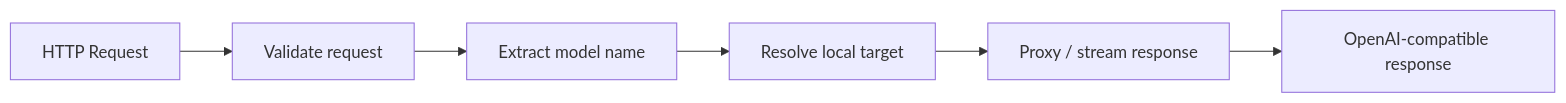
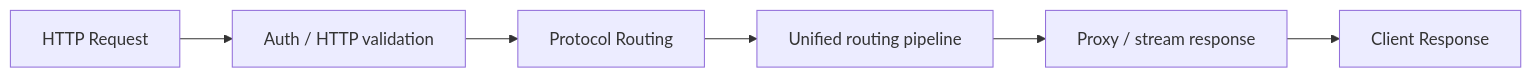
One commit to burncloud/burncloud.github.io changed the diagram in site/manual-docs/burncloud-node/local-api-gateway.md. Above: the diagram before and after it, drawn with Mermaid. The commit also changed other lines of this file and 6 other files, not shown here.

First line of the commit message:
docs: add BurnCloud protocol routing architecture

````diff
--- a/site/manual-docs/burncloud-node/local-api-gateway.md
+++ b/site/manual-docs/burncloud-node/local-api-gateway.md
@@ -26,8 +30,8 @@
 ```mermaid
 flowchart LR
-    REQ["HTTP Request"] --> VALIDATE["Validate request"]
-    VALIDATE --> MODEL["Extract model name"]
-    MODEL --> ROUTE["Resolve local target"]
+    REQ["HTTP Request"] --> VALIDATE["Auth / HTTP validation"]
+    VALIDATE --> PROTOCOL["Protocol Routing"]
+    PROTOCOL --> ROUTE["Unified routing pipeline"]
     ROUTE --> STREAM["Proxy / stream response"]
-    STREAM --> RESP["OpenAI-compatible response"]
+    STREAM --> RESP["Client Response"]
 ```
````
